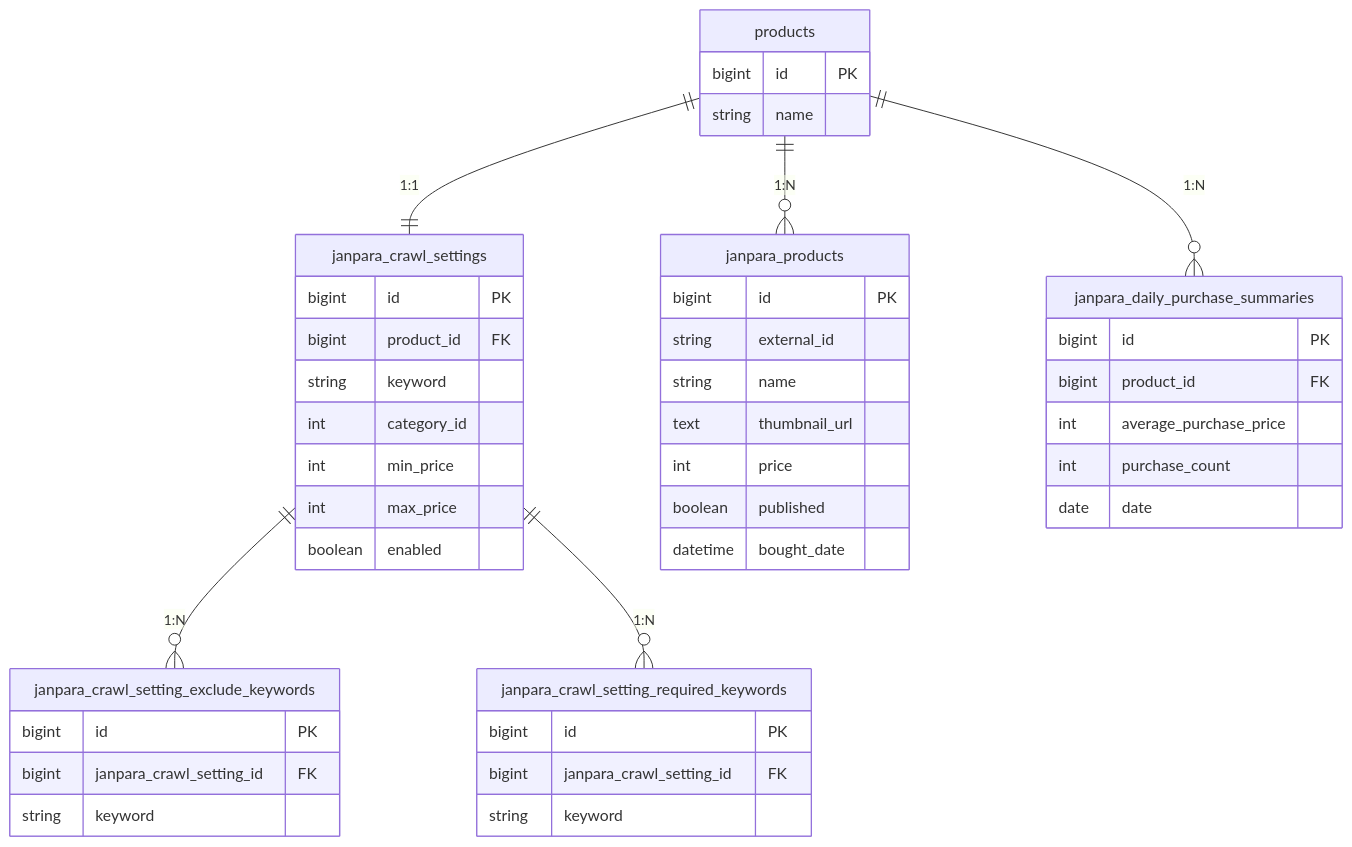
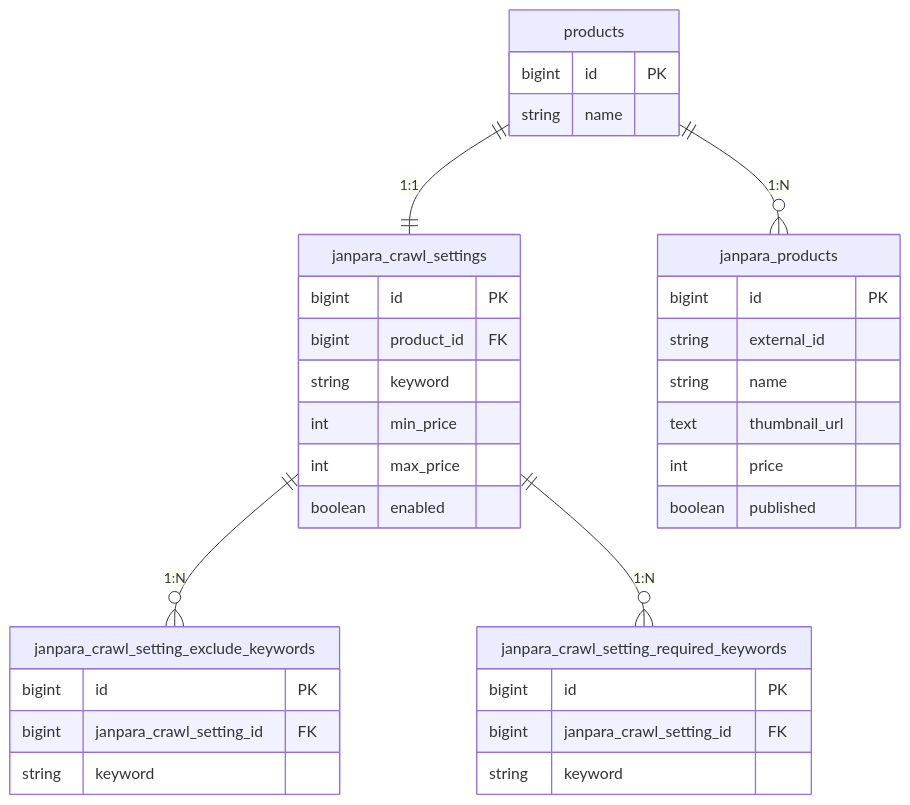
The fourth of 5 diagrams in README.md (kuroweb/price-monitoring), drawn with Mermaid before and after one commit. The commit also changed other lines of this file, not shown here.

````diff
--- a/README.md
+++ b/README.md
@@ -203,48 +203,38 @@
 ```mermaid
 erDiagram
   products {
     bigint id PK
     string name
   }
   janpara_crawl_settings {
     bigint id PK
     bigint product_id FK
     string keyword
-    int category_id
     int min_price
     int max_price
     boolean enabled
   }
   janpara_crawl_setting_exclude_keywords {
     bigint id PK
     bigint janpara_crawl_setting_id FK
     string keyword
   }
   janpara_crawl_setting_required_keywords {
     bigint id PK
     bigint janpara_crawl_setting_id FK
     string keyword
   }
   janpara_products {
     bigint id PK
     string external_id
     string name
     text thumbnail_url
     int price
     boolean published
-    datetime bought_date
-  }
-  janpara_daily_purchase_summaries {
-    bigint id PK
-    bigint product_id FK
-    int average_purchase_price
-    int purchase_count
-    date date
   }
 
   products ||--|| janpara_crawl_settings : "1:1"
   janpara_crawl_settings ||--o{ janpara_crawl_setting_exclude_keywords : "1:N"
   janpara_crawl_settings ||--o{ janpara_crawl_setting_required_keywords : "1:N"
   products ||--o{ janpara_products : "1:N"
-  products ||--o{ janpara_daily_purchase_summaries : "1:N"
 ```
````
